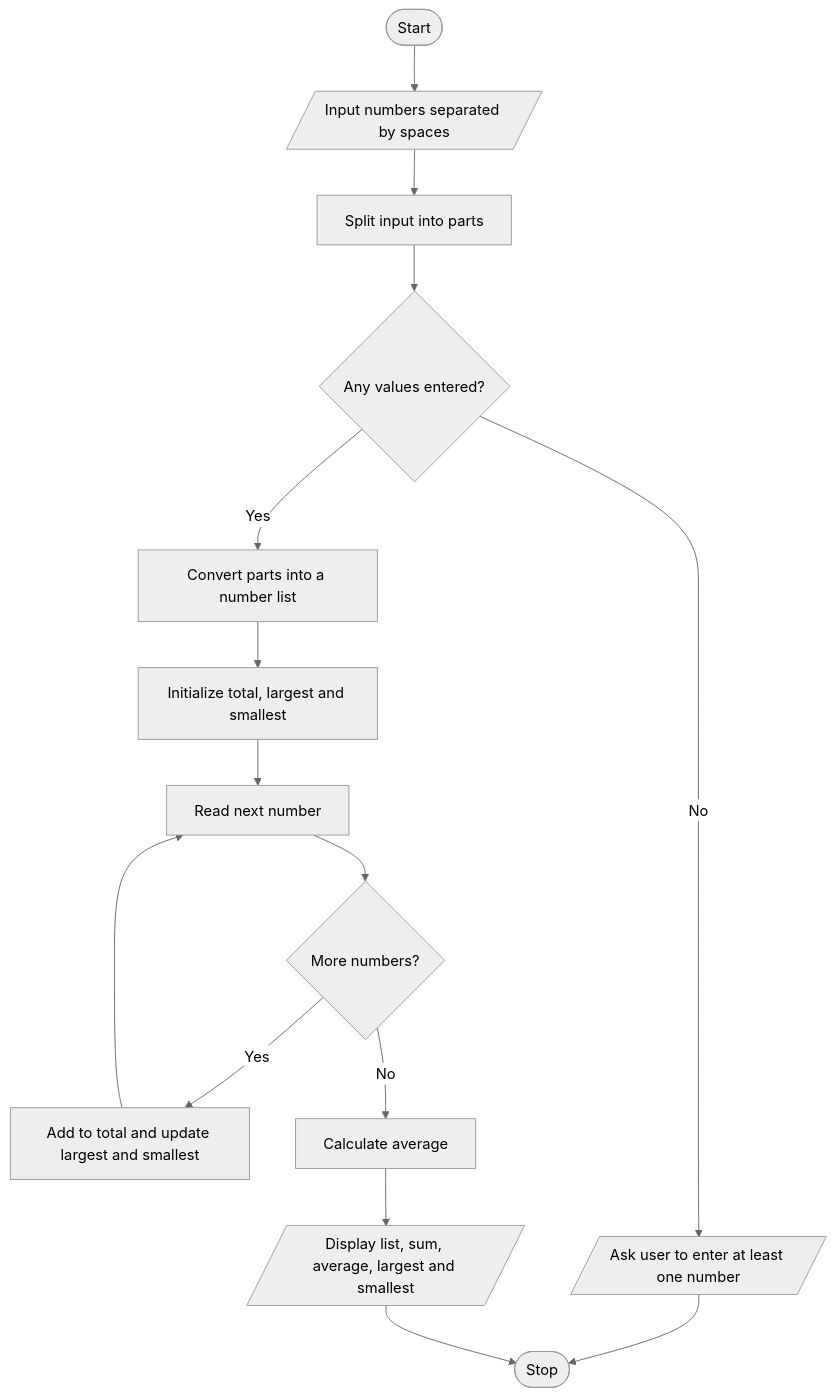
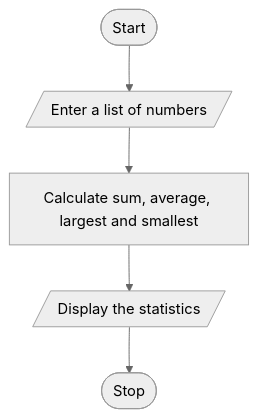
Before and after one commit to shaikishaa59-lab/ABL-PYTHON-: the diagram in 08_List_Statistics/algorithm_flowchart.md, drawn with Mermaid (neutral theme). The commit also changed other lines of this file, not shown here.

Commit message:
Simplify flowchart for List Statistics

````diff
--- a/08_List_Statistics/algorithm_flowchart.md
+++ b/08_List_Statistics/algorithm_flowchart.md
@@ -15,17 +3,7 @@
 ```mermaid
 flowchart TD
- A([Start]) --> B[/Input numbers separated by spaces/]
- B --> C[Split input into parts]
- C --> D{Any values entered?}
- D -- No --> E[/Ask user to enter at least one number/]
- D -- Yes --> F[Convert parts into a number list]
- F --> G[Initialize total, largest and smallest]
- G --> H[Read next number]
- H --> I{More numbers?}
- I -- Yes --> J[Add to total and update largest and smallest]
- J --> H
- I -- No --> K[Calculate average]
- K --> L[/Display list, sum, average, largest and smallest/]
- E --> M([Stop])
- L --> M
+ A([Start]) --> B[/Enter a list of numbers/]
+ B --> C[Calculate sum, average, largest and smallest]
+ C --> D[/Display the statistics/]
+ D --> E([Stop])
 ```
````
